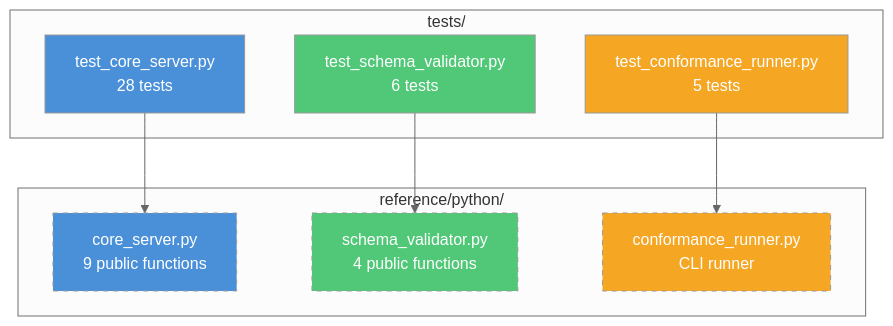
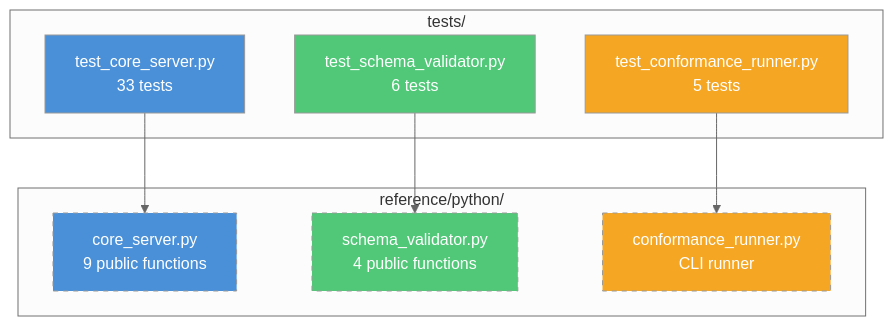
The second of 8 diagrams in README.md (kevinkawchak/national-mcp-pai-oncology-trials), drawn with Mermaid (neutral theme) before and after one commit. The commit also changed other lines of this file and 13 other files, not shown here.

First line of the commit message:
v0.6.0: Phase 1 — Correctness, Contract Alignment, and Schema-Code Drift Resolution

````diff
--- a/README.md
+++ b/README.md
@@ -274,25 +275,25 @@
 ```mermaid
 graph TB
   subgraph "tests/"
-    TCS[test_core_server.py<br/>28 tests]
+    TCS[test_core_server.py<br/>33 tests]
     TSV[test_schema_validator.py<br/>6 tests]
     TCR[test_conformance_runner.py<br/>5 tests]
   end
 
   subgraph "reference/python/"
     CS[core_server.py<br/>9 public functions]
     SV[schema_validator.py<br/>4 public functions]
     CR[conformance_runner.py<br/>CLI runner]
   end
 
   TCS --> CS
   TSV --> SV
   TCR --> CR
 
   style TCS fill:#4A90D9,color:#fff
   style TSV fill:#50C878,color:#fff
   style TCR fill:#F5A623,color:#fff
   style CS fill:#4A90D9,color:#fff,stroke-dasharray:5
   style SV fill:#50C878,color:#fff,stroke-dasharray:5
   style CR fill:#F5A623,color:#fff,stroke-dasharray:5
 ```
````
